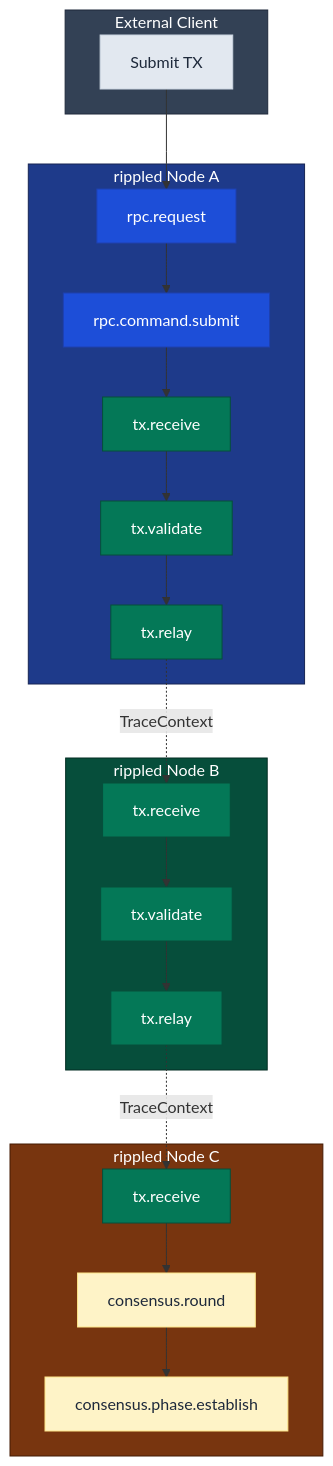
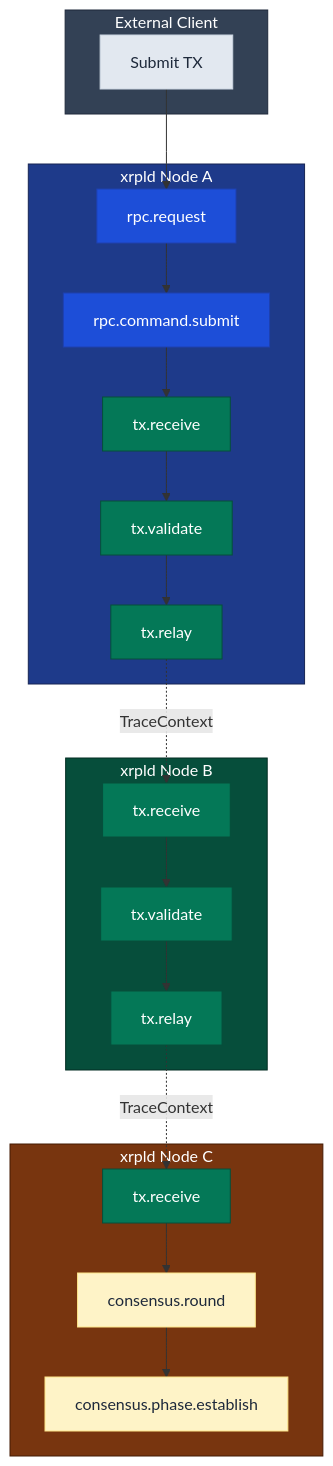
The diagram in OpenTelemetryPlan/04-code-samples.md (XRPLF/rippled), drawn with Mermaid before and after one commit. The commit also changed other lines of this file and 10 other files, not shown here.

````diff
--- a/OpenTelemetryPlan/04-code-samples.md
+++ b/OpenTelemetryPlan/04-code-samples.md
@@ -1059,55 +1059,55 @@
 ```mermaid
 flowchart TB
     subgraph Client["External Client"]
         submit["Submit TX"]
     end
 
-    subgraph NodeA["rippled Node A"]
+    subgraph NodeA["xrpld Node A"]
         rpcA["rpc.request"]
         cmdA["rpc.command.submit"]
         txRecvA["tx.receive"]
         txValA["tx.validate"]
         txRelayA["tx.relay"]
     end
 
-    subgraph NodeB["rippled Node B"]
+    subgraph NodeB["xrpld Node B"]
         txRecvB["tx.receive"]
         txValB["tx.validate"]
         txRelayB["tx.relay"]
     end
 
-    subgraph NodeC["rippled Node C"]
+    subgraph NodeC["xrpld Node C"]
         txRecvC["tx.receive"]
         consensusC["consensus.round"]
         phaseC["consensus.phase.establish"]
     end
 
     submit --> rpcA
     rpcA --> cmdA
     cmdA --> txRecvA
     txRecvA --> txValA
     txValA --> txRelayA
     txRelayA -.->|"TraceContext"| txRecvB
     txRecvB --> txValB
     txValB --> txRelayB
     txRelayB -.->|"TraceContext"| txRecvC
     txRecvC --> consensusC
     consensusC --> phaseC
 
     style Client fill:#334155,stroke:#1e293b,color:#fff
     style NodeA fill:#1e3a8a,stroke:#172554,color:#fff
     style NodeB fill:#064e3b,stroke:#022c22,color:#fff
     style NodeC fill:#78350f,stroke:#451a03,color:#fff
     style submit fill:#e2e8f0,stroke:#cbd5e1,color:#1e293b
     style rpcA fill:#1d4ed8,stroke:#1e40af,color:#fff
     style cmdA fill:#1d4ed8,stroke:#1e40af,color:#fff
     style txRecvA fill:#047857,stroke:#064e3b,color:#fff
     style txValA fill:#047857,stroke:#064e3b,color:#fff
     style txRelayA fill:#047857,stroke:#064e3b,color:#fff
     style txRecvB fill:#047857,stroke:#064e3b,color:#fff
     style txValB fill:#047857,stroke:#064e3b,color:#fff
     style txRelayB fill:#047857,stroke:#064e3b,color:#fff
     style txRecvC fill:#047857,stroke:#064e3b,color:#fff
     style consensusC fill:#fef3c7,stroke:#fde68a,color:#1e293b
     style phaseC fill:#fef3c7,stroke:#fde68a,color:#1e293b
 ```
````
